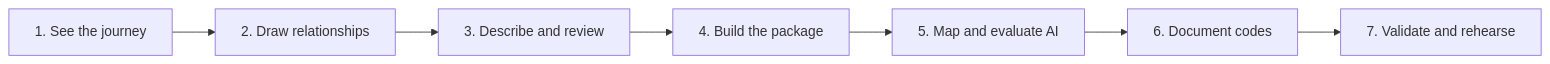
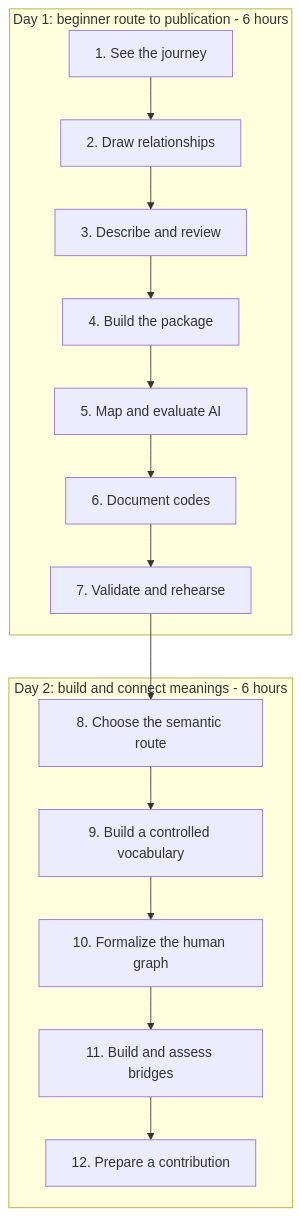
One commit to dfo-pacific-science/salmon-data-standards-workshop changed the diagram in episodes/fig/workflow.mmd. Above: the diagram before and after it, drawn with Mermaid. The commit also changed 96 other files, not shown here.

```diff
--- a/episodes/fig/workflow.mmd
+++ b/episodes/fig/workflow.mmd
@@ -1,14 +1,28 @@
-flowchart LR
+flowchart TB
+  subgraph day1["Day 1: beginner route to publication - 6 hours"]
   s1["1. See the journey"]
   s2["2. Draw relationships"]
   s1 --> s2
   s3["3. Describe and review"]
   s2 --> s3
   s4["4. Build the package"]
   s3 --> s4
   s5["5. Map and evaluate AI"]
   s4 --> s5
   s6["6. Document codes"]
   s5 --> s6
   s7["7. Validate and rehearse"]
   s6 --> s7
+  end
+  subgraph day2["Day 2: build and connect meanings - 6 hours"]
+  s8["8. Choose the semantic route"]
+  s9["9. Build a controlled vocabulary"]
+  s8 --> s9
+  s10["10. Formalize the human graph"]
+  s9 --> s10
+  s11["11. Build and assess bridges"]
+  s10 --> s11
+  s12["12. Prepare a contribution"]
+  s11 --> s12
+  end
+  s7 --> s8
```
